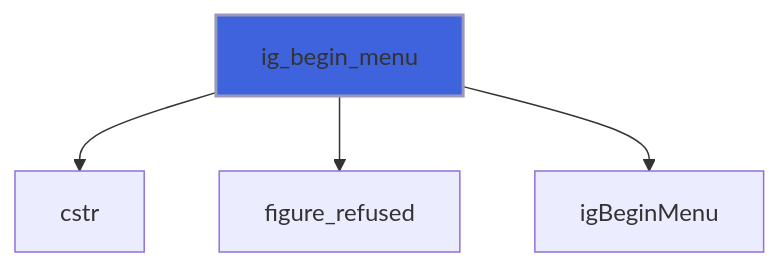
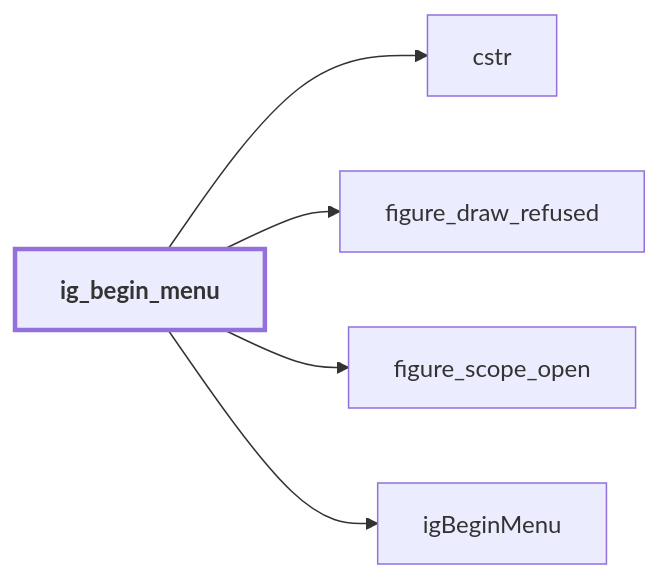
Before and after one commit to szaghi/figure: diagram 11 of 16 in docs/api/src/lib/figure_menu.md, drawn with Mermaid. The commit also changed other lines of this file and 54 other files, not shown here.

````diff
--- a/docs/api/src/lib/figure_menu.md
+++ b/docs/api/src/lib/figure_menu.md
@@ -238,7 +322,13 @@
 ```mermaid
-flowchart TD
+flowchart LR
   ig_begin_menu["ig_begin_menu"] --> cstr["cstr"]
-  ig_begin_menu["ig_begin_menu"] --> figure_refused["figure_refused"]
+  ig_begin_menu["ig_begin_menu"] --> figure_draw_refused["figure_draw_refused"]
+  ig_begin_menu["ig_begin_menu"] --> figure_scope_open["figure_scope_open"]
   ig_begin_menu["ig_begin_menu"] --> igBeginMenu["igBeginMenu"]
-  style ig_begin_menu fill:#3e63dd,stroke:#99b,stroke-width:2px
+  classDef focus stroke-width:3px,font-weight:bold
+  class ig_begin_menu focus
+  click figure_draw_refused href "figure_base.html#figure-draw-refused" "figure_draw_refused"
+  click igBeginMenu href "figure_cimgui.html#igbeginmenu" "igBeginMenu"
+  click cstr href "figure_base.html#cstr" "cstr"
+  click figure_scope_open href "figure_base.html#figure-scope-open" "figure_scope_open"
 ```
````
